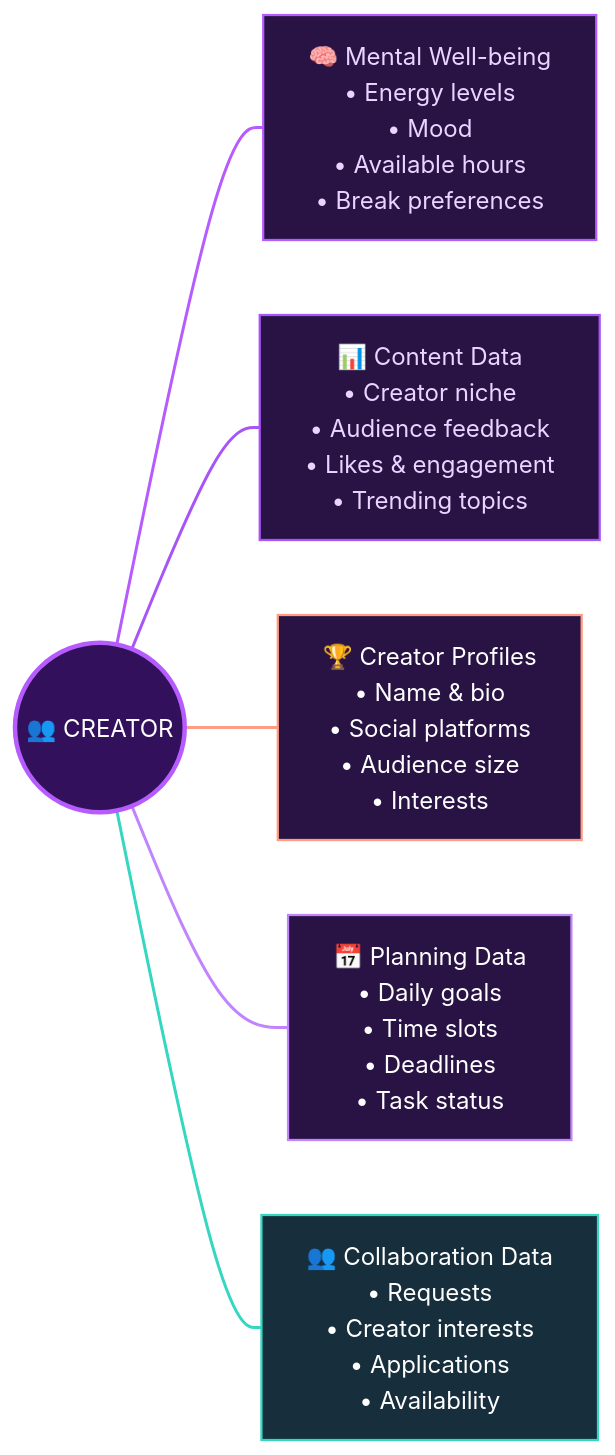
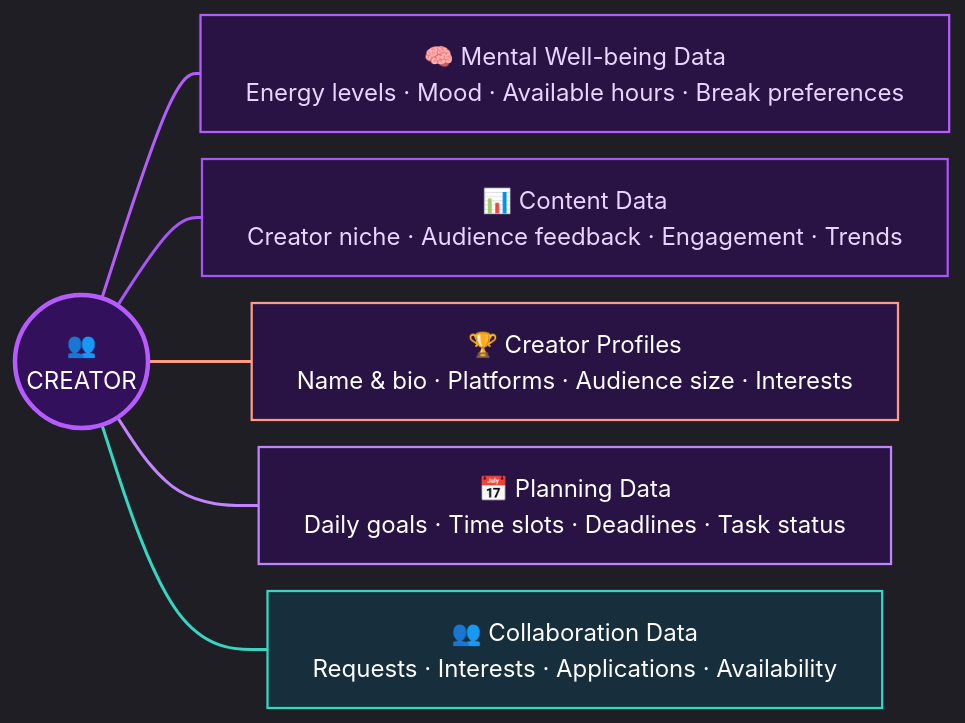
Before and after one commit to farinaahamed06gif/creator-connect-: the second of 2 diagrams in README.md, drawn with Mermaid.

````diff
--- a/README.md
+++ b/README.md
@@ -82,34 +82,31 @@
 ```mermaid
+%%{init: {"flowchart": {"nodeSpacing": 18, "rankSpacing": 35, "wrappingWidth": 550}, "theme": "dark"}}%%
 flowchart LR
-    A(("👥 CREATOR"))
+    A(("👥<br/>CREATOR"))
 
-    A --- B["🧠 Mental Well-being<br/>• Energy levels<br/>• Mood<br/>• Available hours<br/>• Break preferences"]
-
-    A --- C["📊 Content Data<br/>• Creator niche<br/>• Audience feedback<br/>• Likes & engagement<br/>• Trending topics"]
-
-    A --- D["🏆 Creator Profiles<br/>• Name & bio<br/>• Social platforms<br/>• Audience size<br/>• Interests"]
-
-    A --- E["📅 Planning Data<br/>• Daily goals<br/>• Time slots<br/>• Deadlines<br/>• Task status"]
-
-    A --- F["👥 Collaboration Data<br/>• Requests<br/>• Creator interests<br/>• Applications<br/>• Availability"]
+    A --- B["🧠 Mental Well-being Data<br/>Energy levels · Mood · Available hours · Break preferences"]
+    A --- C["📊 Content Data<br/>Creator niche · Audience feedback · Engagement · Trends"]
+    A --- D["🏆 Creator Profiles<br/>Name & bio · Platforms · Audience size · Interests"]
+    A --- E["📅 Planning Data<br/>Daily goals · Time slots · Deadlines · Task status"]
+    A --- F["👥 Collaboration Data<br/>Requests · Interests · Applications · Availability"]
 
     classDef center fill:#32105C,stroke:#B65CFF,color:#FFFFFF,stroke-width:3px
     classDef mental fill:#281344,stroke:#B65CFF,color:#E9D5FF,stroke-width:1.5px
     classDef content fill:#281344,stroke:#A855F7,color:#E9D5FF,stroke-width:1.5px
     classDef profile fill:#281344,stroke:#FF9B83,color:#FFFFFF,stroke-width:1.5px
     classDef planning fill:#281344,stroke:#C084FC,color:#FFFFFF,stroke-width:1.5px
     classDef collab fill:#172E3C,stroke:#35D6C2,color:#FFFFFF,stroke-width:1.5px
 
     class A center
     class B mental
     class C content
     class D profile
     class E planning
     class F collab
 
     linkStyle 0 stroke:#B65CFF,stroke-width:2px
     linkStyle 1 stroke:#A855F7,stroke-width:2px
     linkStyle 2 stroke:#FF9B83,stroke-width:2px
     linkStyle 3 stroke:#C084FC,stroke-width:2px
     linkStyle 4 stroke:#35D6C2,stroke-width:2px
 ```
````
